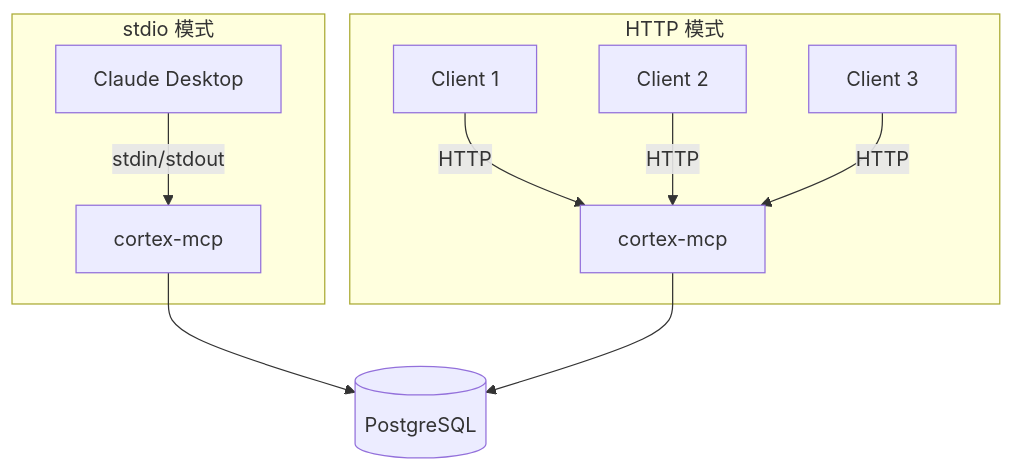
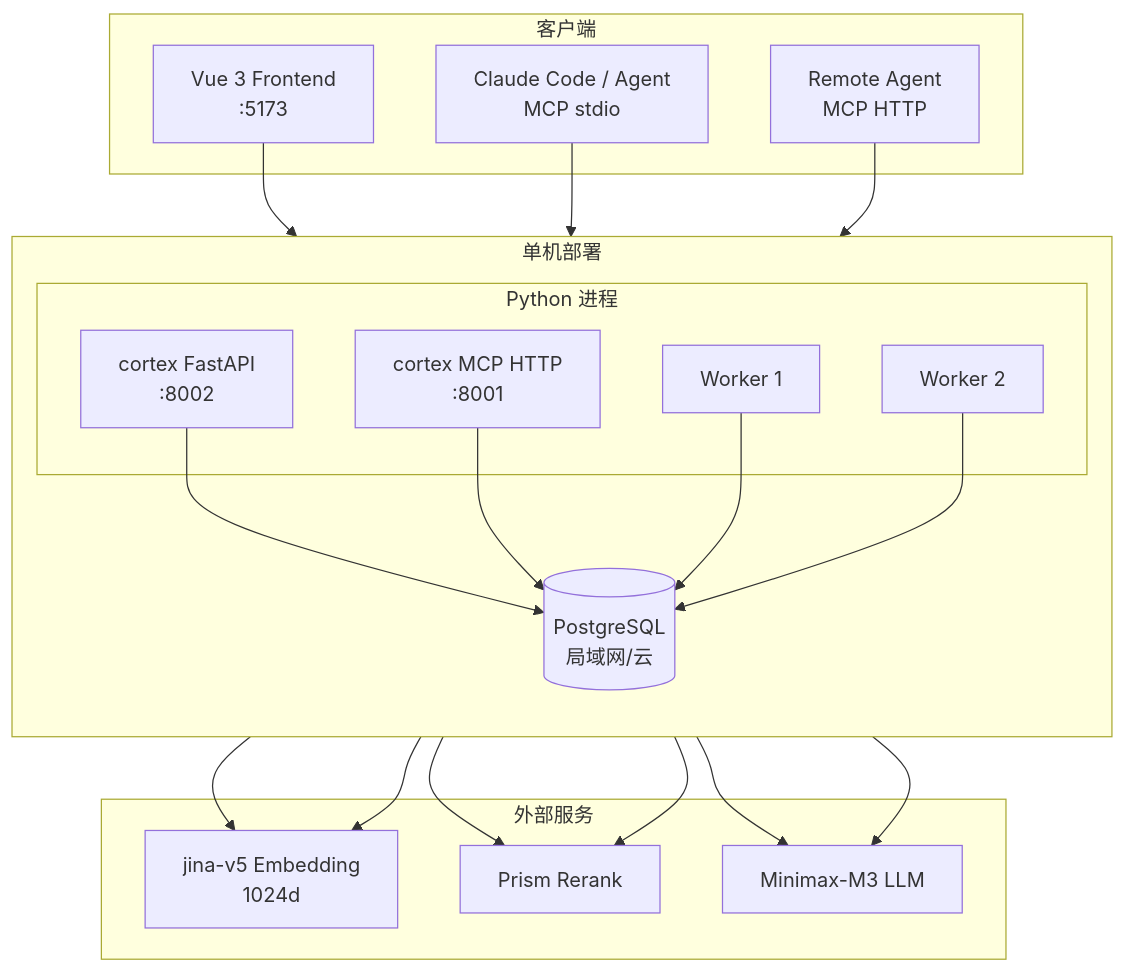
Before and after one commit to pty819/cortex-py-book: the fifth of 6 diagrams in source/chapters/13-architecture-diagrams.md, drawn with Mermaid. The commit also changed other lines of this file and 18 other files, not shown here.

First line of the commit message:
docs: refresh book with latest cortex-py architecture

````diff
--- a/source/chapters/13-architecture-diagrams.md
+++ b/source/chapters/13-architecture-diagrams.md
@@ -271,15 +151,47 @@
 ```{mermaid}
 graph TB
-    subgraph "stdio 模式"
-        S1[Claude Desktop] -->|stdin/stdout| M1[cortex-mcp]
+    subgraph 单机部署
+        direction TB
+        API[cortex FastAPI<br/>:8002]
+        MCP_SRV[cortex MCP HTTP<br/>:8001]
+        WK1[Worker 1]
+        WK2[Worker 2]
+        
+        subgraph Python 进程
+            API
+            MCP_SRV
+            WK1
+            WK2
+        end
+        
+        PG[(PostgreSQL<br/>局域网/云)]
     end
     
-    subgraph "HTTP 模式"
-        C1[Client 1] -->|HTTP| M2[cortex-mcp]
-        C2[Client 2] -->|HTTP| M2
-        C3[Client 3] -->|HTTP| M2
+    subgraph 外部服务
+        JINA[jina-v5 Embedding<br/>1024d]
+        PRISM[Prism Rerank]
+        LLM[Minimax-M3 LLM]
     end
     
-    M1 --> DB[(PostgreSQL)]
-    M2 --> DB
+    subgraph 客户端
+        VUE[Vue 3 Frontend<br/>:5173]
+        CLAUDE[Claude Code / Agent<br/>MCP stdio]
+        HTTP_CLI[Remote Agent<br/>MCP HTTP]
+    end
+    
+    VUE --> API
+    CLAUDE --> MCP_SRV
+    HTTP_CLI --> MCP_SRV
+    
+    API --> JINA
+    API --> PRISM
+    API --> LLM
+    MCP_SRV --> JINA
+    MCP_SRV --> PRISM
+    MCP_SRV --> LLM
+    
+    API --> PG
+    MCP_SRV --> PG
+    WK1 --> PG
+    WK2 --> PG
 ```
````
